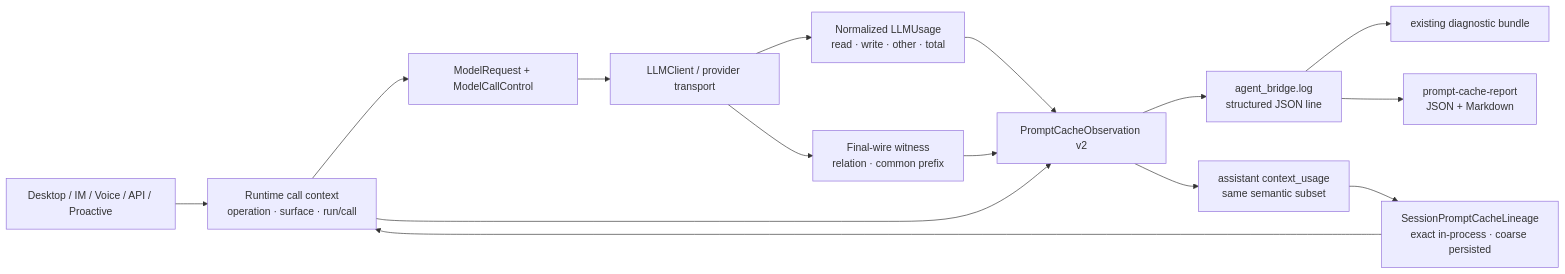
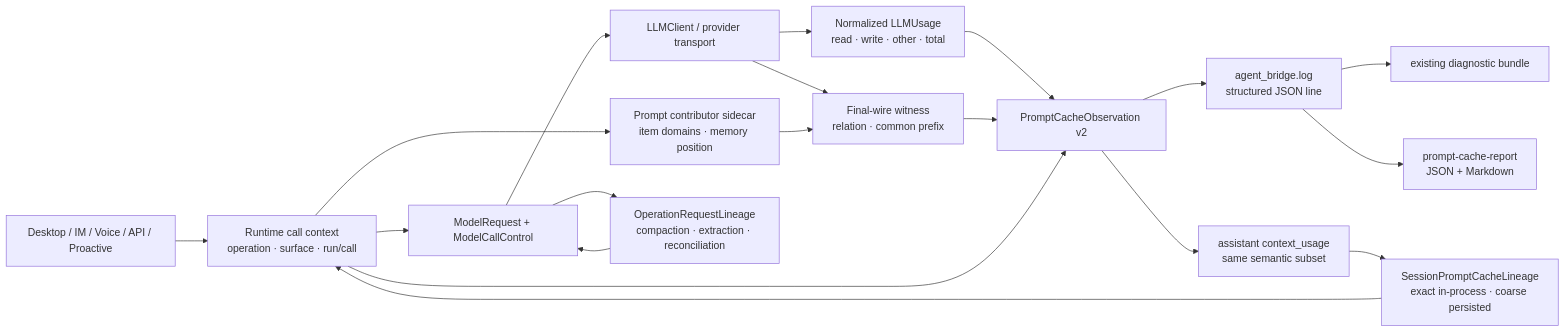
Before and after one commit to A1m233/agent-friend: the diagram in docs/requirements/109-prompt-cache-observability-and-optimization/design.md, drawn with Mermaid. The commit also changed other lines of this file and 25 other files, not shown here.

````diff
--- a/docs/requirements/109-prompt-cache-observability-and-optimization/design.md
+++ b/docs/requirements/109-prompt-cache-observability-and-optimization/design.md
@@ -70,17 +90,21 @@
 ```mermaid
 flowchart LR
     Surface["Desktop / IM / Voice / API / Proactive"] --> Runtime["Runtime call context\noperation · surface · run/call"]
     Runtime --> Request["ModelRequest + ModelCallControl"]
     Request --> Provider["LLMClient / provider transport"]
     Provider --> Usage["Normalized LLMUsage\nread · write · other · total"]
     Provider --> Witness["Final-wire witness\nrelation · common prefix"]
     Usage --> Observation["PromptCacheObservation v2"]
     Witness --> Observation
     Runtime --> Observation
     Observation --> Log["agent_bridge.log\nstructured JSON line"]
     Observation --> Session["assistant context_usage\nsame semantic subset"]
     Log --> Bundle["existing diagnostic bundle"]
     Log --> Report["prompt-cache-report\nJSON + Markdown"]
     Session --> Lineage["SessionPromptCacheLineage\nexact in-process · coarse persisted"]
     Lineage --> Runtime
+    Runtime --> Contributors["Prompt contributor sidecar\nitem domains · memory position"]
+    Contributors --> Witness
+    Request --> OperationLineage["OperationRequestLineage\ncompaction · extraction · reconciliation"]
+    OperationLineage --> Request
 ```
````
